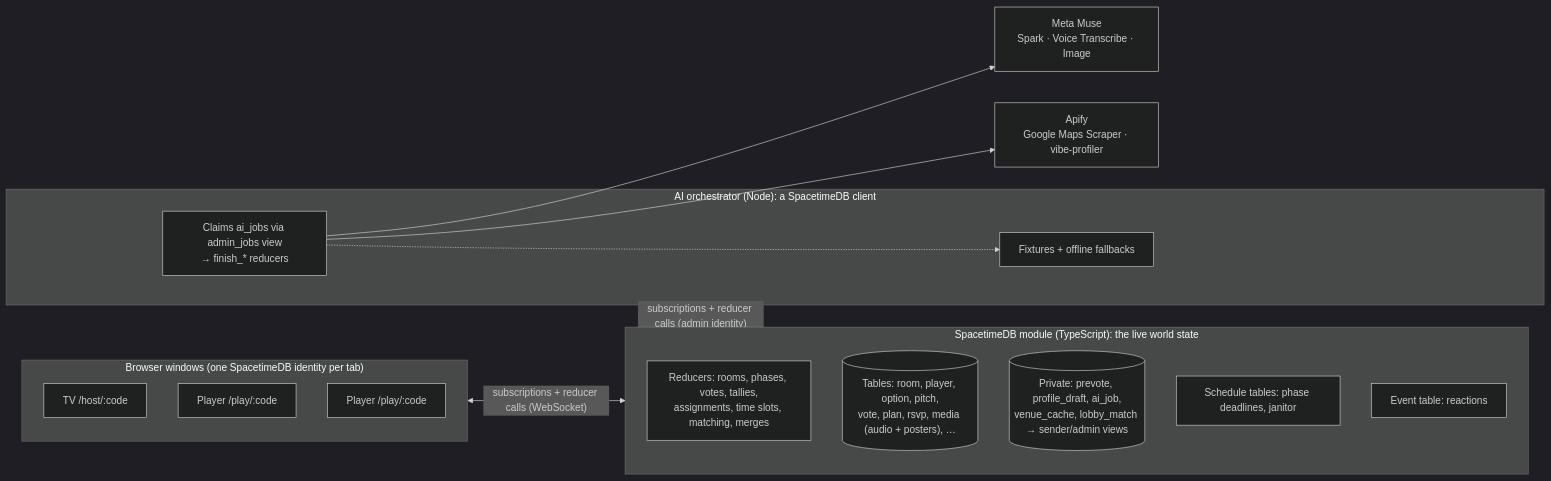
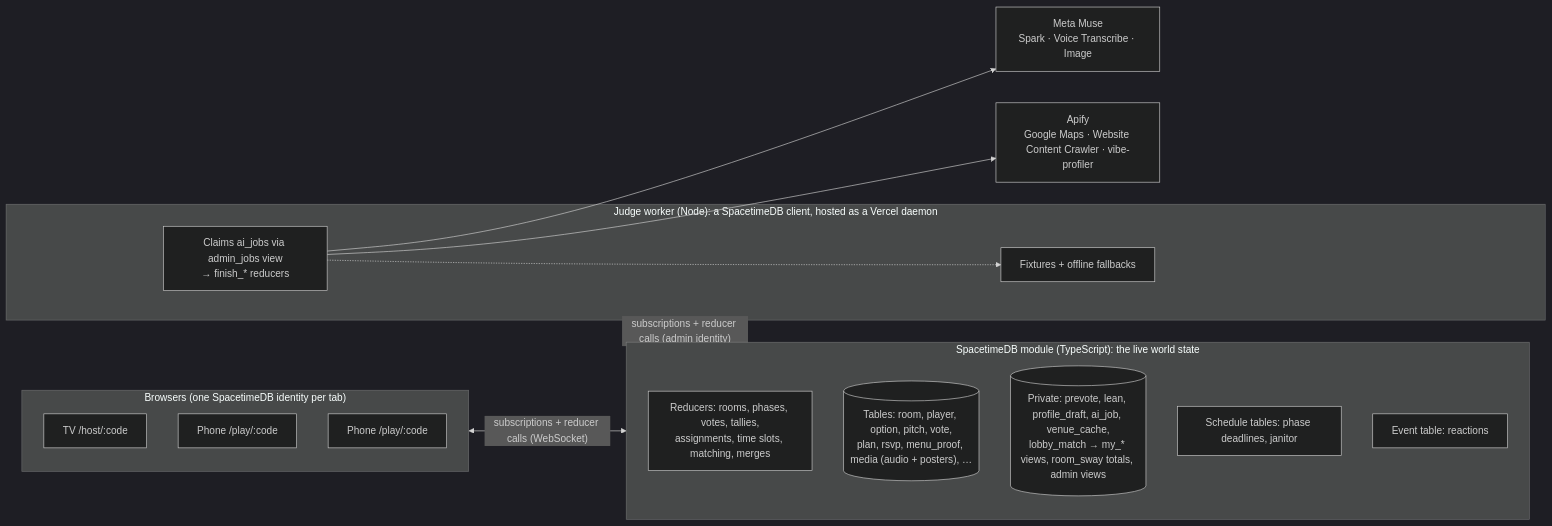
Before and after one commit to Jose-Gael-Cruz-Lopez/hear_me_out: the diagram in README.md, drawn with Mermaid (dark theme). The commit also changed other lines of this file and 10 other files, not shown here.

Commit message:
README: current game, hosted worker and new screenshots from a live game

````diff
--- a/README.md
+++ b/README.md
@@ -30,30 +44,30 @@
 ```mermaid
 flowchart LR
-  subgraph Browsers["Browser windows (one SpacetimeDB identity per tab)"]
+  subgraph Browsers["Browsers (one SpacetimeDB identity per tab)"]
     TV["TV /host/:code"]
-    P1["Player /play/:code"]
-    P2["Player /play/:code"]
+    P1["Phone /play/:code"]
+    P2["Phone /play/:code"]
   end
 
   subgraph STDB["SpacetimeDB module (TypeScript): the live world state"]
     R["Reducers: rooms, phases, votes, tallies,<br/>assignments, time slots, matching, merges"]
-    T[("Tables: room, player, option, pitch,<br/>vote, plan, rsvp, media (audio + posters), …")]
-    PV[("Private: prevote, profile_draft, ai_job,<br/>venue_cache, lobby_match → sender/admin views")]
+    T[("Tables: room, player, option, pitch, vote,<br/>plan, rsvp, menu_proof, media (audio + posters), …")]
+    PV[("Private: prevote, lean, profile_draft, ai_job, venue_cache,<br/>lobby_match → my_* views, room_sway totals, admin views")]
     S["Schedule tables: phase deadlines, janitor"]
     E["Event table: reactions"]
   end
 
-  subgraph ORCH["AI orchestrator (Node): a SpacetimeDB client"]
+  subgraph ORCH["Judge worker (Node): a SpacetimeDB client, hosted as a Vercel daemon"]
     J["Claims ai_jobs via admin_jobs view<br/>→ finish_* reducers"]
     F["Fixtures + offline fallbacks"]
   end
 
   Muse["Meta Muse<br/>Spark · Voice Transcribe · Image"]
-  Apify["Apify<br/>Google Maps Scraper · vibe-profiler"]
+  Apify["Apify<br/>Google Maps · Website Content Crawler · vibe-profiler"]
 
   Browsers <-- "subscriptions + reducer calls (WebSocket)" --> STDB
   ORCH <-- "subscriptions + reducer calls (admin identity)" --> STDB
   J --> Muse
   J --> Apify
   J -.-> F
 ```
````
